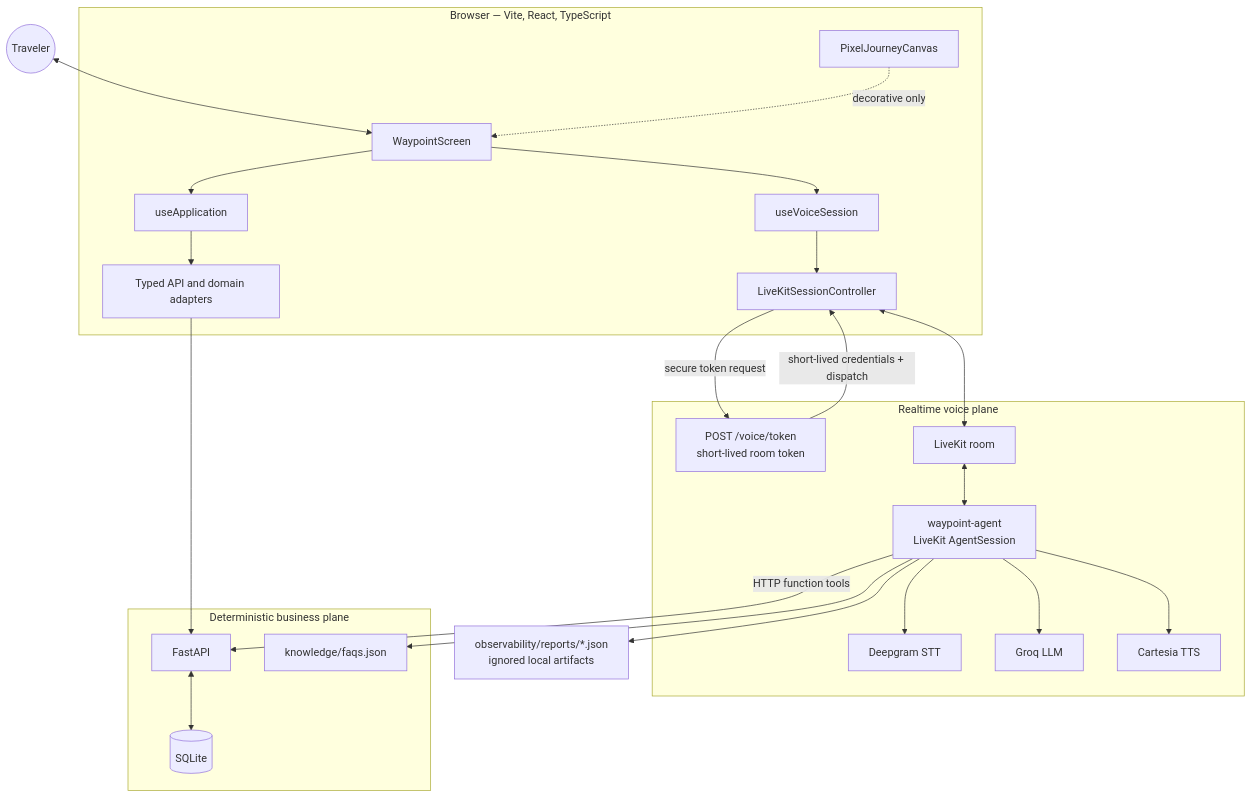
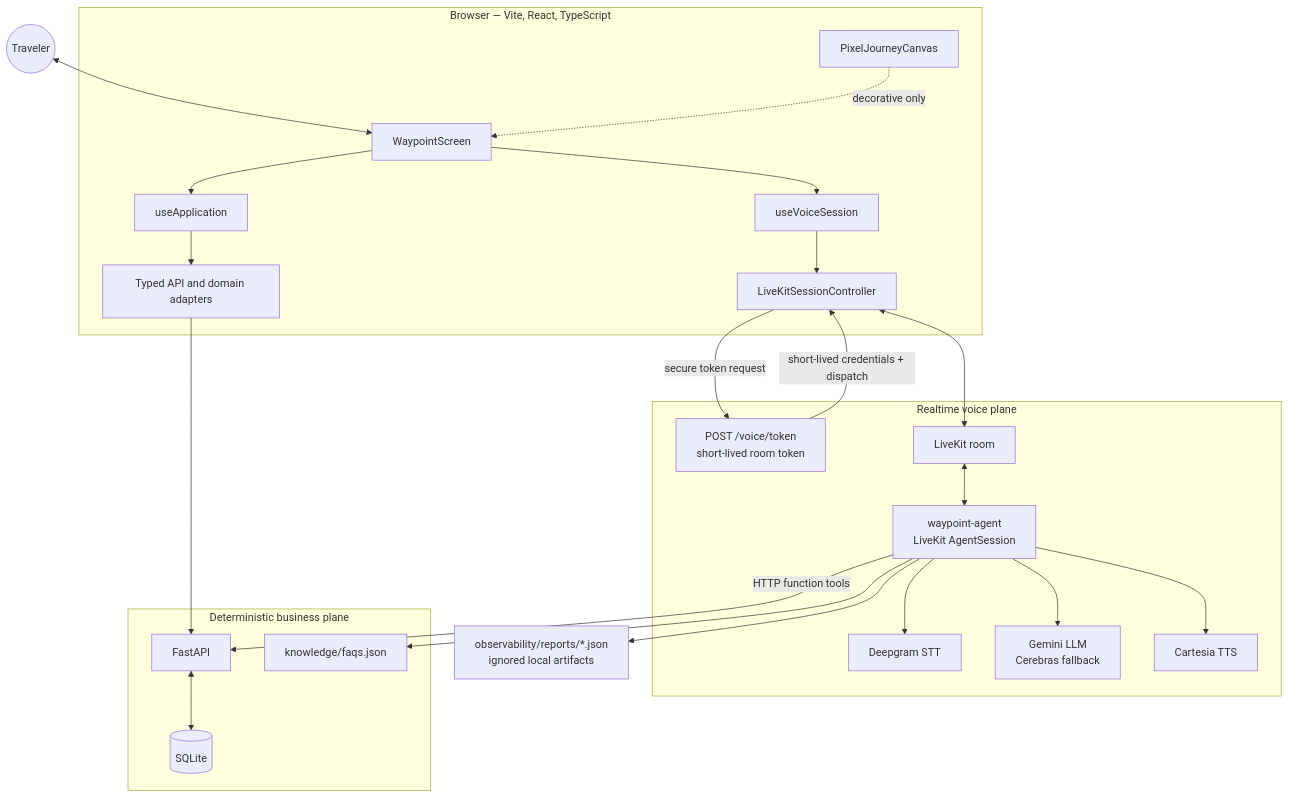
One commit to Parth-Bisht-227/waypoint-voice-ai changed the first of 8 diagrams in docs/ARCHITECTURE.md. Above: the diagram before and after it, drawn with Mermaid. The commit also changed other lines of this file and 14 other files, not shown here.

Commit message:
feat: add Gemini and Cerebras LLM fallback

````diff
--- a/docs/ARCHITECTURE.md
+++ b/docs/ARCHITECTURE.md
@@ -16,47 +16,47 @@
 ```mermaid
 flowchart TB
     User((Traveler))
 
     subgraph Web["Browser — Vite, React, TypeScript"]
         Screen[WaypointScreen]
         VoiceHook[useVoiceSession]
         VoiceController[LiveKitSessionController]
         AppHook[useApplication]
         ApiAdapter[Typed API and domain adapters]
         Canvas[PixelJourneyCanvas]
     end
 
     subgraph Realtime["Realtime voice plane"]
         TokenEndpoint["POST /voice/token<br/>short-lived room token"]
         Room[LiveKit room]
         Agent["waypoint-agent<br/>LiveKit AgentSession"]
         STT[Deepgram STT]
-        LLM[Groq LLM]
+        LLM[Gemini LLM<br/>Cerebras fallback]
         TTS[Cartesia TTS]
     end
 
     subgraph Business["Deterministic business plane"]
         API[FastAPI]
         DB[(SQLite)]
         FAQ[knowledge/faqs.json]
     end
 
     Reports["observability/reports/*.json<br/>ignored local artifacts"]
 
     User <--> Screen
     Screen --> VoiceHook --> VoiceController
     Screen --> AppHook --> ApiAdapter --> API
     Canvas -. "decorative only" .-> Screen
 
     VoiceController -->|"secure token request"| TokenEndpoint
     TokenEndpoint -->|"short-lived credentials + dispatch"| VoiceController
     VoiceController <--> Room <--> Agent
     Agent --> STT
     Agent --> LLM
     Agent --> TTS
     Agent -->|HTTP function tools| API
     Agent --> FAQ
     Agent --> Reports
     API <--> DB
 
 ```
````
